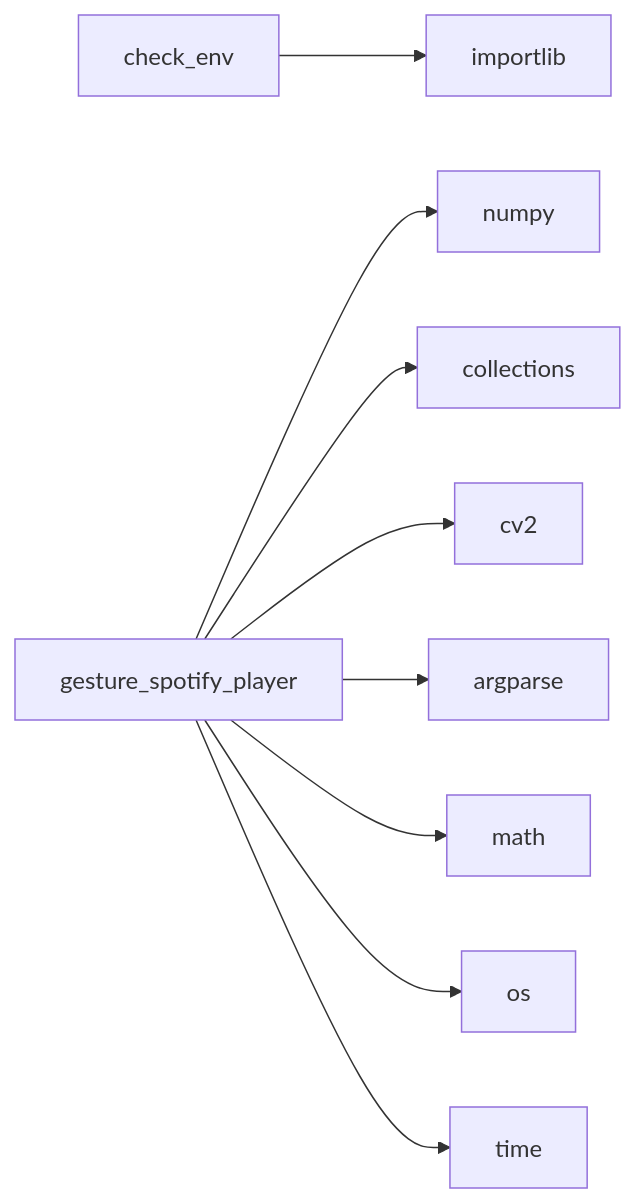
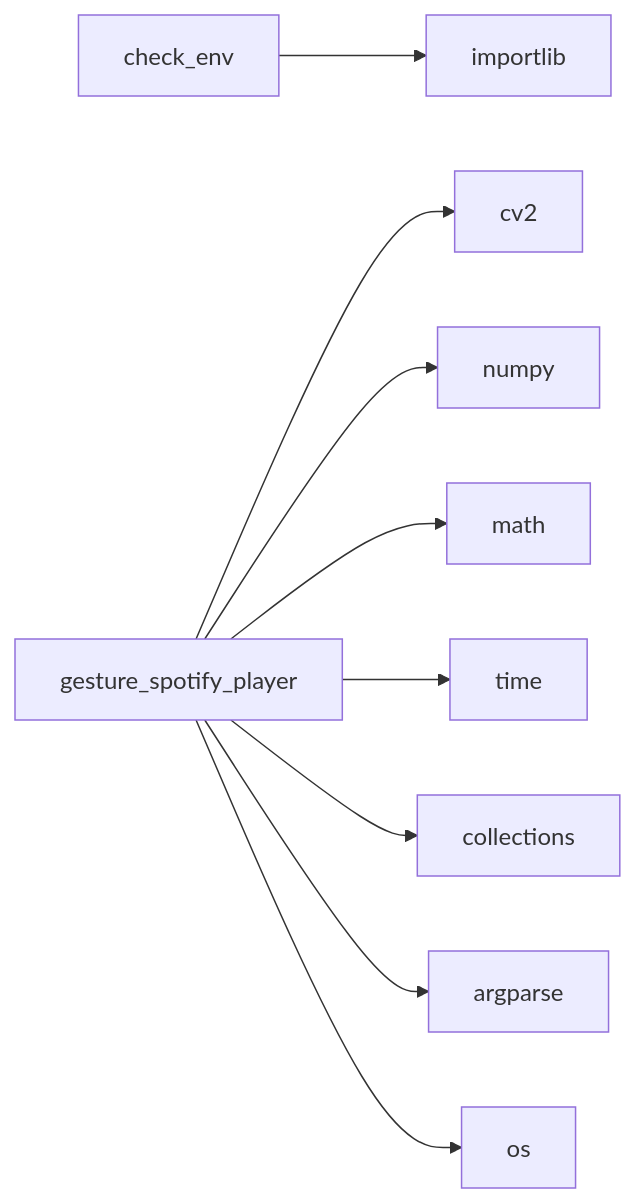
One commit to NITISH-R-G/PalmPlay1 changed the diagram in .github/docs/dependencies.md. Above: the diagram before and after it, drawn with Mermaid. The commit also changed other lines of this file and 3 other files, not shown here.

Commit message:
docs: update repository documentation and diagrams [skip ci]

````diff
--- a/.github/docs/dependencies.md
+++ b/.github/docs/dependencies.md
@@ -3,15 +3,15 @@
 ```mermaid
 graph LR
     check_env[check_env]
     check_env --> importlib[importlib]
     gesture_spotify_player[gesture_spotify_player]
+    gesture_spotify_player --> cv2[cv2]
     gesture_spotify_player --> numpy[numpy]
+    gesture_spotify_player --> math[math]
+    gesture_spotify_player --> time[time]
     gesture_spotify_player --> collections[collections]
-    gesture_spotify_player --> cv2[cv2]
     gesture_spotify_player --> argparse[argparse]
-    gesture_spotify_player --> math[math]
     gesture_spotify_player --> os[os]
-    gesture_spotify_player --> time[time]
     click check_env href "https://github.com/NITISH-R-G/PalmPlay1/blob/main/check_env.py" "View source code"
     click gesture_spotify_player href "https://github.com/NITISH-R-G/PalmPlay1/blob/main/gesture_spotify_player.py" "View source code"
 ```
````
